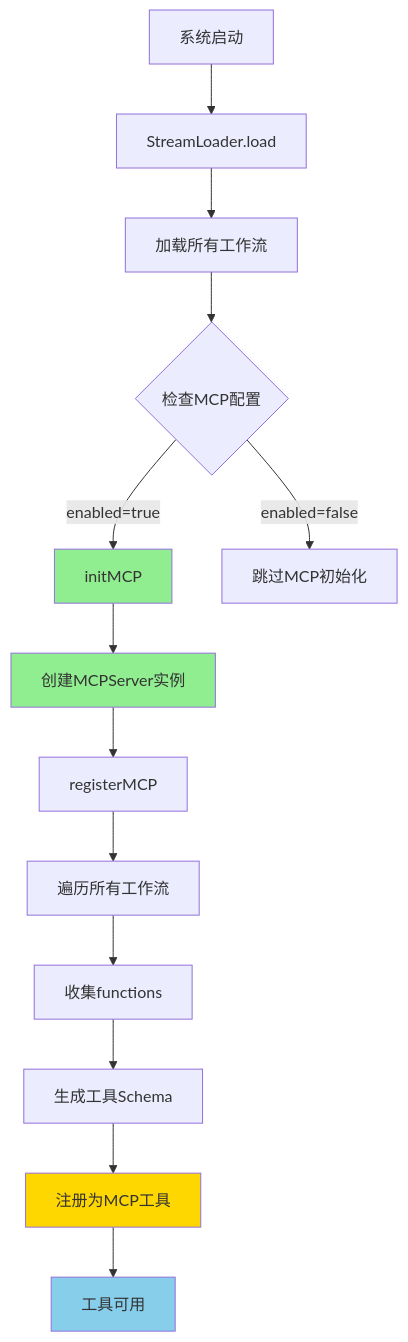
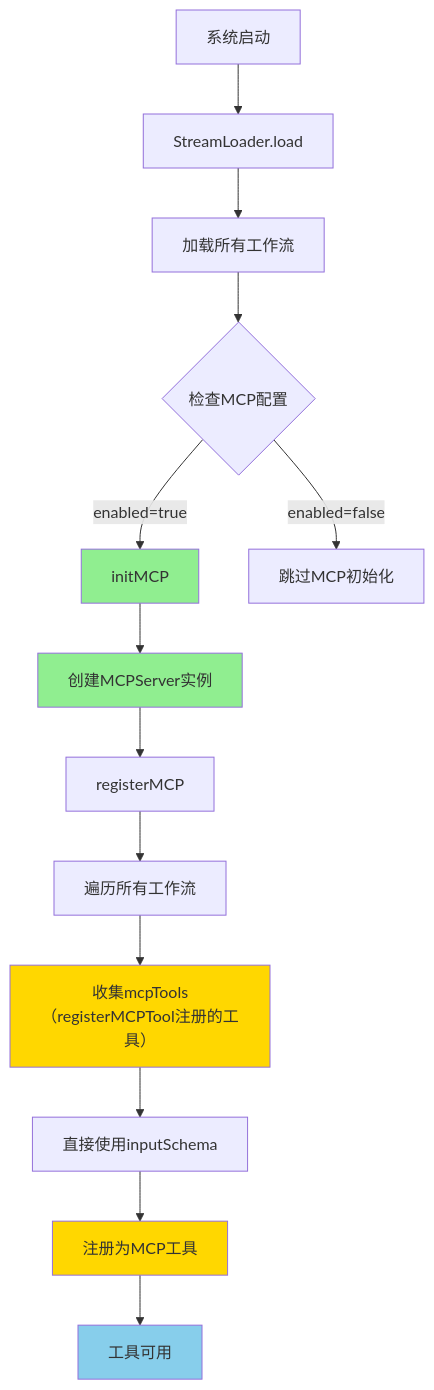
The sixth of 7 diagrams in docs/mcp-guide.md (sunflowermm/XRK-AGT), drawn with Mermaid before and after one commit. The commit also changed other lines of this file and 64 other files, not shown here.

````diff
--- a/docs/mcp-guide.md
+++ b/docs/mcp-guide.md
@@ -472,20 +472,21 @@
 ```mermaid
 flowchart TB
     A["系统启动"] --> B["StreamLoader.load"]
     B --> C["加载所有工作流"]
     C --> D{"检查MCP配置"}
     D -->|enabled=true| E["initMCP"]
     D -->|enabled=false| Z["跳过MCP初始化"]
     E --> F["创建MCPServer实例"]
     F --> G["registerMCP"]
     G --> H["遍历所有工作流"]
-    H --> I["收集functions"]
-    I --> J["生成工具Schema"]
+    H --> I["收集mcpTools<br/>（registerMCPTool注册的工具）"]
+    I --> J["直接使用inputSchema"]
     J --> K["注册为MCP工具"]
     K --> L["工具可用"]
     
     style E fill:#90EE90
     style F fill:#90EE90
+    style I fill:#FFD700
     style K fill:#FFD700
     style L fill:#87CEEB
 ```
````
